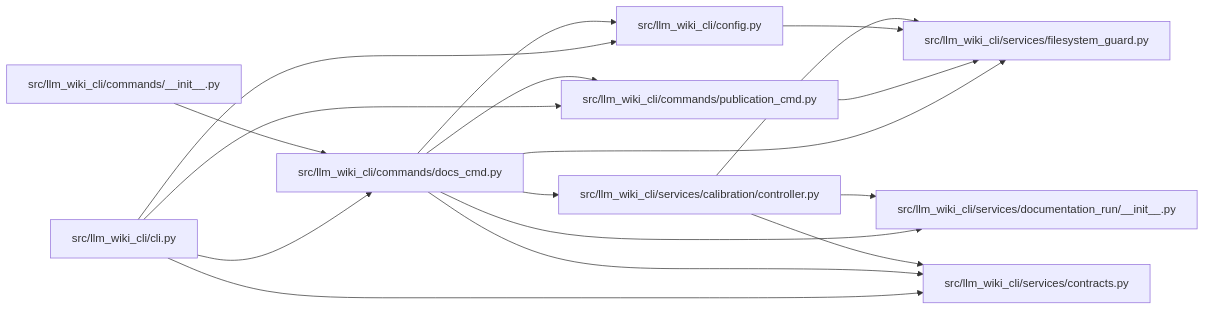
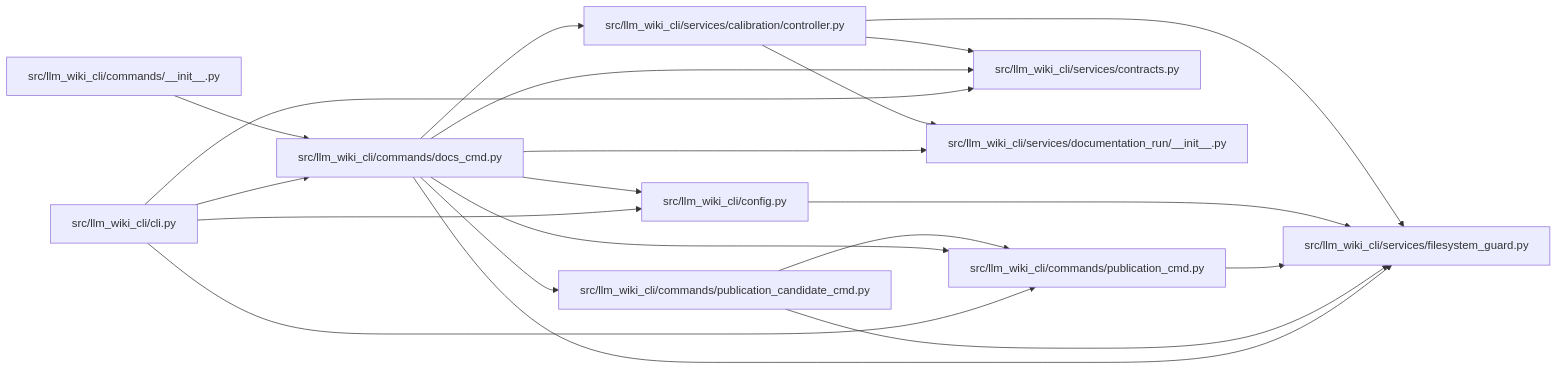
Before and after one commit to Denissvgn/python-wiki-llm: the diagram in docs/llm_wiki/modules/docs_cmd.md, drawn with Mermaid. The commit also changed other lines of this file and 318 other files, not shown here.

````diff
--- a/docs/llm_wiki/modules/docs_cmd.md
+++ b/docs/llm_wiki/modules/docs_cmd.md
@@ -29,37 +29,42 @@
 ```mermaid
 flowchart LR
     n0["src/llm_wiki_cli/cli.py"]
     n1["src/llm_wiki_cli/commands/__init__.py"]
     n2["src/llm_wiki_cli/commands/docs_cmd.py"]
-    n3["src/llm_wiki_cli/commands/publication_cmd.py"]
-    n4["src/llm_wiki_cli/config.py"]
-    n5["src/llm_wiki_cli/services/calibration/controller.py"]
-    n6["src/llm_wiki_cli/services/contracts.py"]
-    n7["src/llm_wiki_cli/services/documentation_run/__init__.py"]
-    n8["src/llm_wiki_cli/services/filesystem_guard.py"]
+    n3["src/llm_wiki_cli/commands/publication_candidate_cmd.py"]
+    n4["src/llm_wiki_cli/commands/publication_cmd.py"]
+    n5["src/llm_wiki_cli/config.py"]
+    n6["src/llm_wiki_cli/services/calibration/controller.py"]
+    n7["src/llm_wiki_cli/services/contracts.py"]
+    n8["src/llm_wiki_cli/services/documentation_run/__init__.py"]
+    n9["src/llm_wiki_cli/services/filesystem_guard.py"]
     n0 --> n2
-    n0 --> n3
     n0 --> n4
-    n0 --> n6
+    n0 --> n5
+    n0 --> n7
     n1 --> n2
     n2 --> n3
     n2 --> n4
     n2 --> n5
     n2 --> n6
     n2 --> n7
     n2 --> n8
-    n3 --> n8
-    n4 --> n8
-    n5 --> n6
-    n5 --> n7
-    n5 --> n8
+    n2 --> n9
+    n3 --> n4
+    n3 --> n9
+    n4 --> n9
+    n5 --> n9
+    n6 --> n7
+    n6 --> n8
+    n6 --> n9
     click n0 "../modules/cli.md"
     click n1 "../modules/commands___init__.md"
     click n2 "../modules/docs_cmd.md"
-    click n3 "../modules/publication_cmd.md"
-    click n4 "../modules/config.md"
-    click n5 "../modules/controller.md"
-    click n6 "../modules/services_contracts.md"
-    click n7 "../modules/documentation_run___init__.md"
-    click n8 "../modules/filesystem_guard.md"
+    click n3 "../modules/publication_candidate_cmd.md"
+    click n4 "../modules/publication_cmd.md"
+    click n5 "../modules/config.md"
+    click n6 "../modules/controller.md"
+    click n7 "../modules/services_contracts.md"
+    click n8 "../modules/documentation_run___init__.md"
+    click n9 "../modules/filesystem_guard.md"
 ```
````
